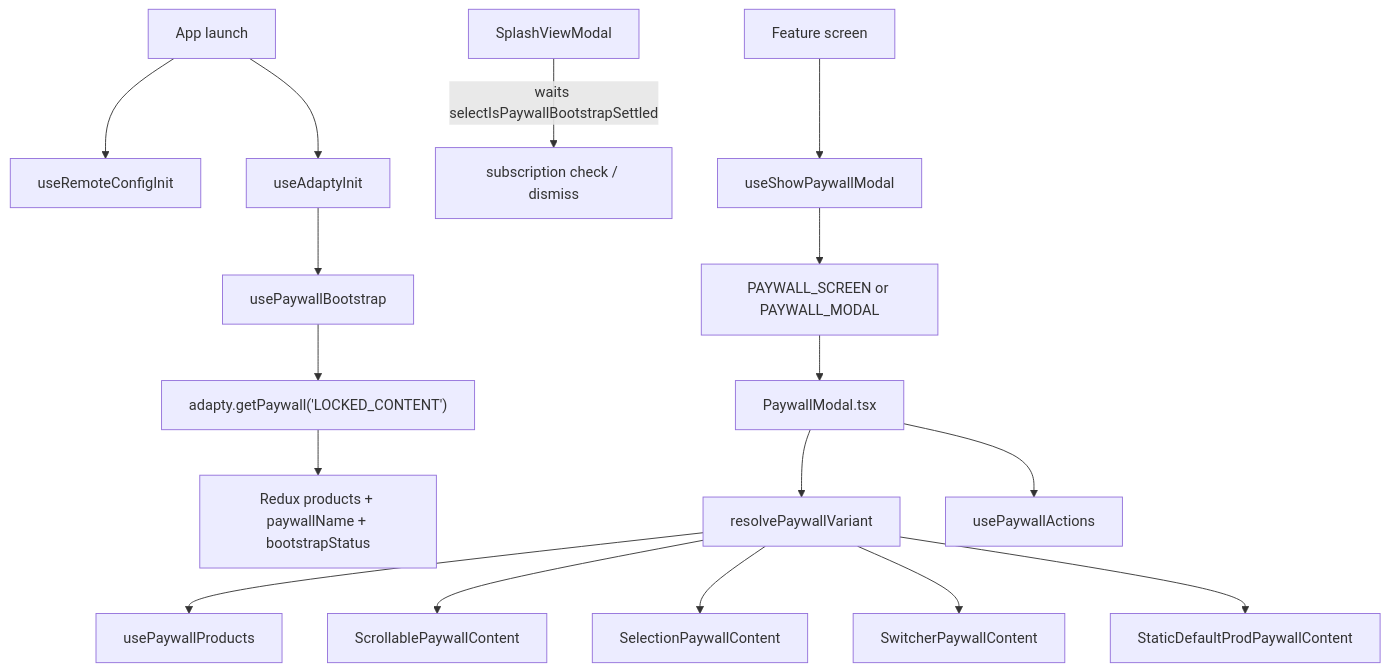
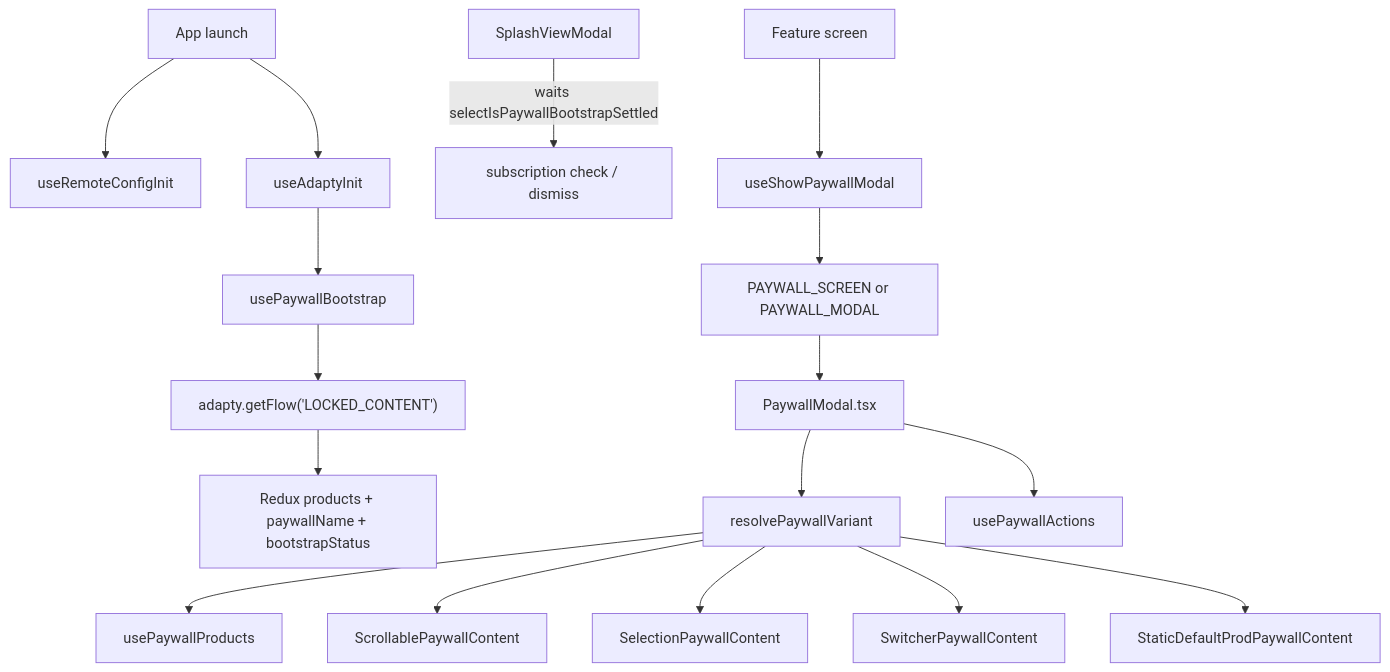
One commit to TuTejsy/Moonlit changed the diagram in .agents/skills/moonlit-paywall-screen/SKILL.md. Above: the diagram before and after it, drawn with Mermaid. The commit also changed other lines of this file and 108 other files, not shown here.

````diff
--- a/.agents/skills/moonlit-paywall-screen/SKILL.md
+++ b/.agents/skills/moonlit-paywall-screen/SKILL.md
@@ -25,19 +25,19 @@
 ```mermaid
 flowchart TD
   AppLaunch[App launch] --> RemoteInit[useRemoteConfigInit]
   AppLaunch --> AdaptyInit[useAdaptyInit]
   AdaptyInit --> Bootstrap[usePaywallBootstrap]
-  Bootstrap --> AdaptyFetch["adapty.getPaywall('LOCKED_CONTENT')"]
+  Bootstrap --> AdaptyFetch["adapty.getFlow('LOCKED_CONTENT')"]
   AdaptyFetch --> Redux[Redux products + paywallName + bootstrapStatus]
   Splash[SplashViewModal] -->|waits selectIsPaywallBootstrapSettled| Gate[subscription check / dismiss]
   Feature[Feature screen] --> ShowModal[useShowPaywallModal]
   ShowModal --> Nav[PAYWALL_SCREEN or PAYWALL_MODAL]
   Nav --> Shell[PaywallModal.tsx]
   Shell --> Registry[resolvePaywallVariant]
   Registry --> Products[usePaywallProducts]
   Shell --> Actions[usePaywallActions]
   Registry --> Scrollable[ScrollablePaywallContent]
   Registry --> Selection[SelectionPaywallContent]
   Registry --> Switcher[SwitcherPaywallContent]
   Registry --> StaticProd[StaticDefaultProdPaywallContent]
 ```
````
